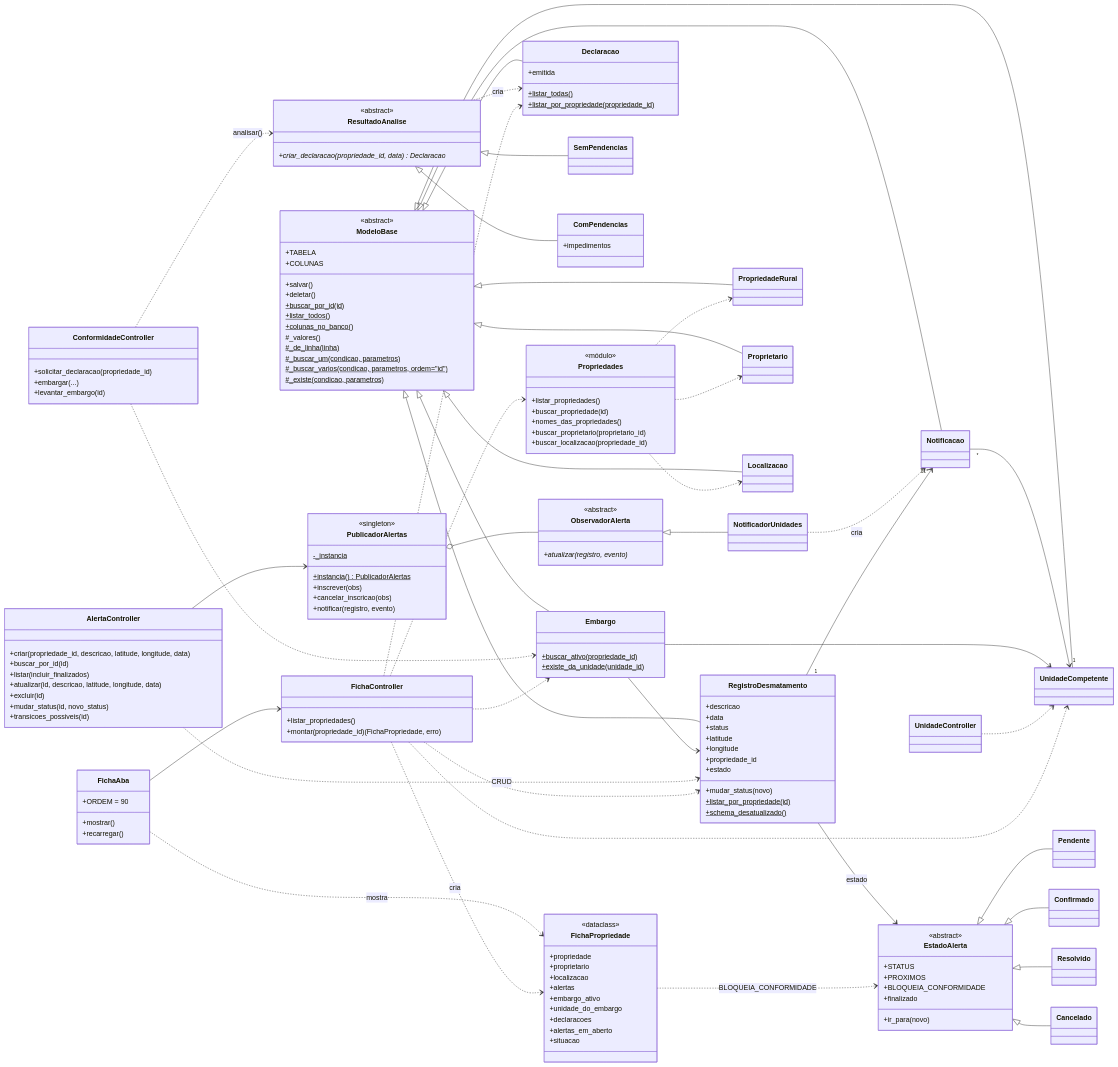
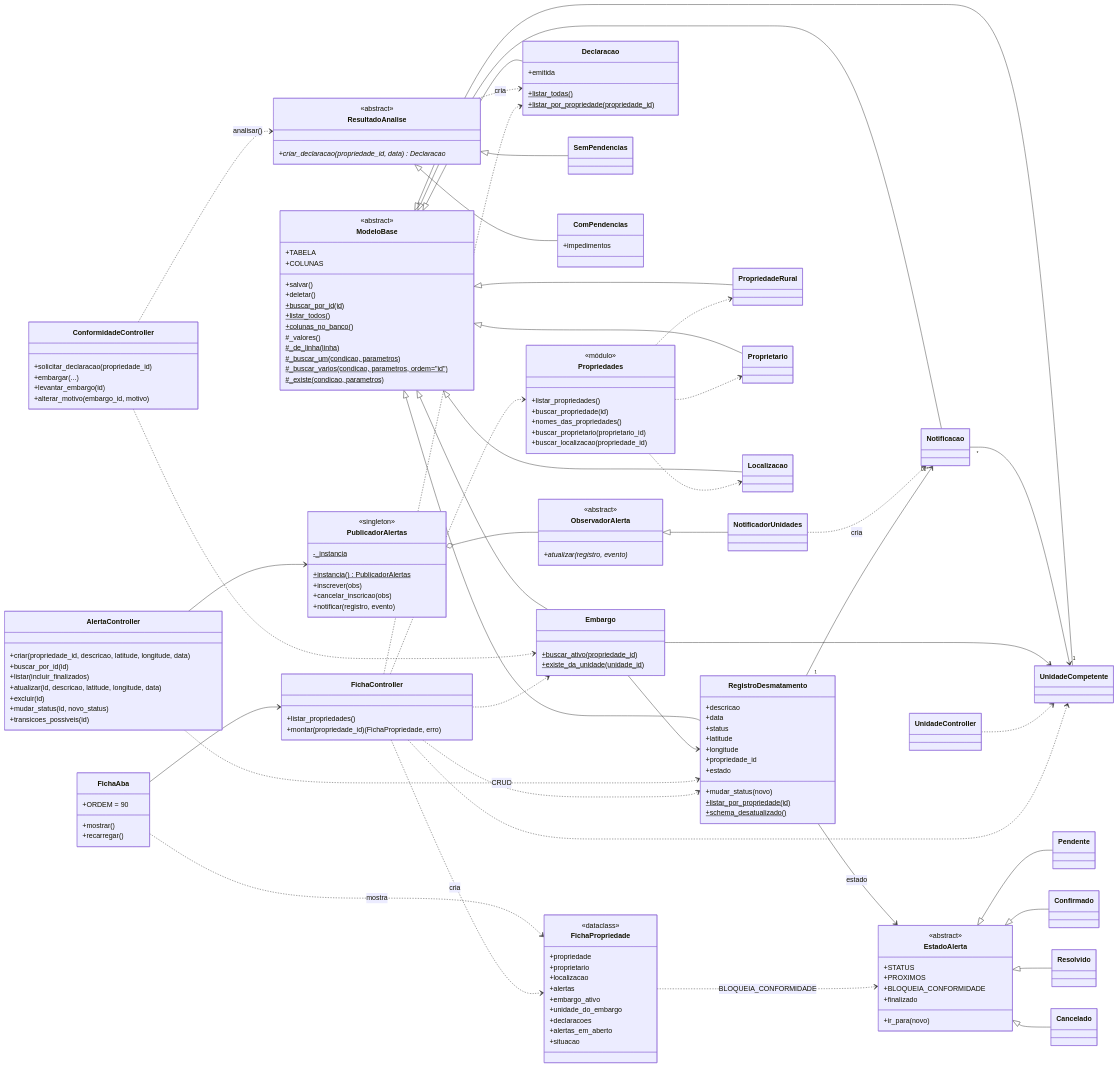
One commit to pedrohrossetto/sys-car changed the sixth of 7 diagrams in docs/fiscalizacao/diagramas.pt-br.md. Above: the diagram before and after it, drawn with Mermaid. The commit also changed 7 other files, not shown here.

First line of the commit message:
feat(fiscalizacao): motivo do embargo editável e ADR-F13 das operações que não existem

```diff
--- a/docs/fiscalizacao/diagramas.pt-br.md
+++ b/docs/fiscalizacao/diagramas.pt-br.md
@@ -232,6 +232,7 @@
         +solicitar_declaracao(propriedade_id)
         +embargar(...)
         +levantar_embargo(id)
+        +alterar_motivo(embargo_id, motivo)
     }
     class UnidadeController
     class FichaAba {
```
